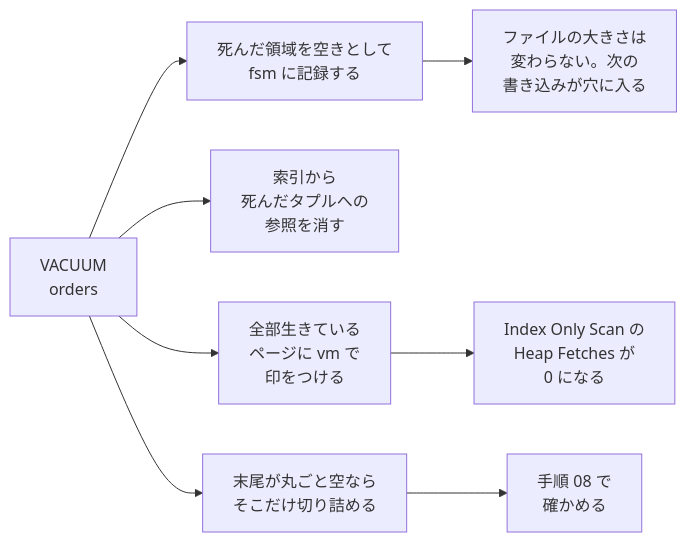
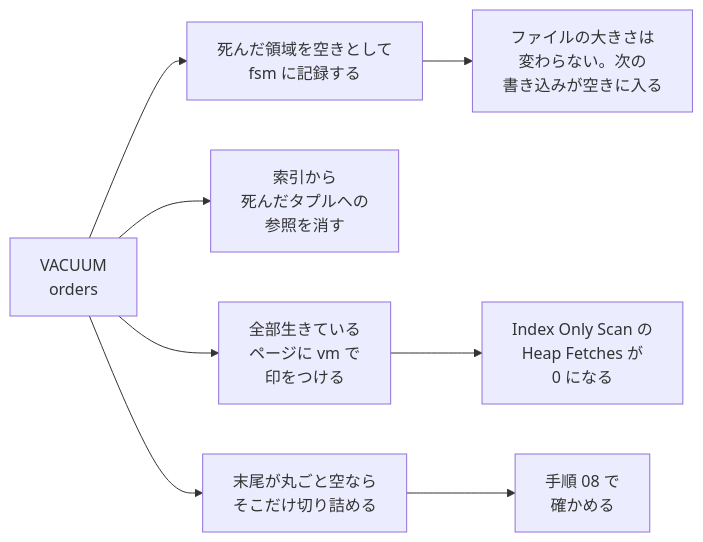
The third of 4 diagrams in apps/web/src/content/labs/vacuum-and-bloat.mdx (Fukuemon/fukuemon.dev), drawn with Mermaid before and after one commit. The commit also changed other lines of this file, not shown here.

````diff
--- a/apps/web/src/content/labs/vacuum-and-bloat.mdx
+++ b/apps/web/src/content/labs/vacuum-and-bloat.mdx
@@ -288,11 +281,11 @@
 ```mermaid
 flowchart LR
   V["VACUUM<br/>orders"]
   V --> A["死んだ領域を空きとして<br/>fsm に記録する"]
   V --> B["索引から<br/>死んだタプルへの<br/>参照を消す"]
   V --> C["全部生きている<br/>ページに vm で<br/>印をつける"]
   V --> D["末尾が丸ごと空なら<br/>そこだけ切り詰める"]
-  A --> R["ファイルの大きさは<br/>変わらない。次の<br/>書き込みが穴に入る"]
+  A --> R["ファイルの大きさは<br/>変わらない。次の<br/>書き込みが空きに入る"]
   C --> S["Index Only Scan の<br/>Heap Fetches が<br/>0 になる"]
   D --> T["手順 08 で<br/>確かめる"]
 ```
````
